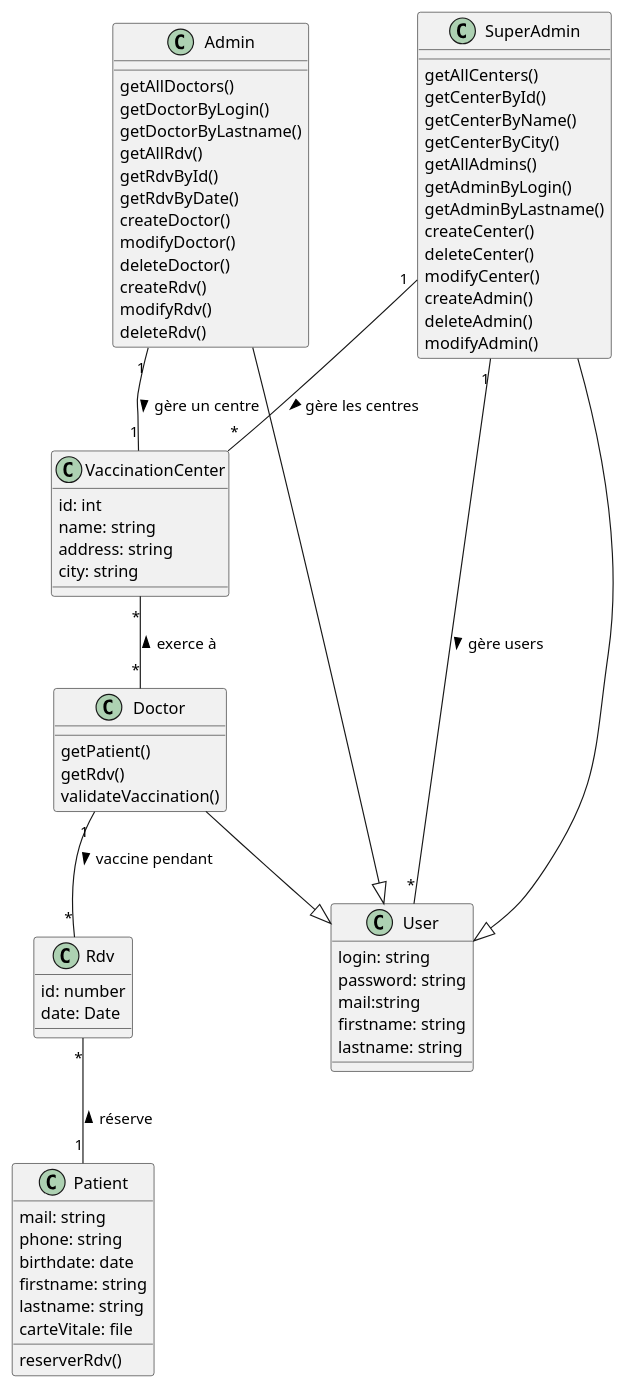
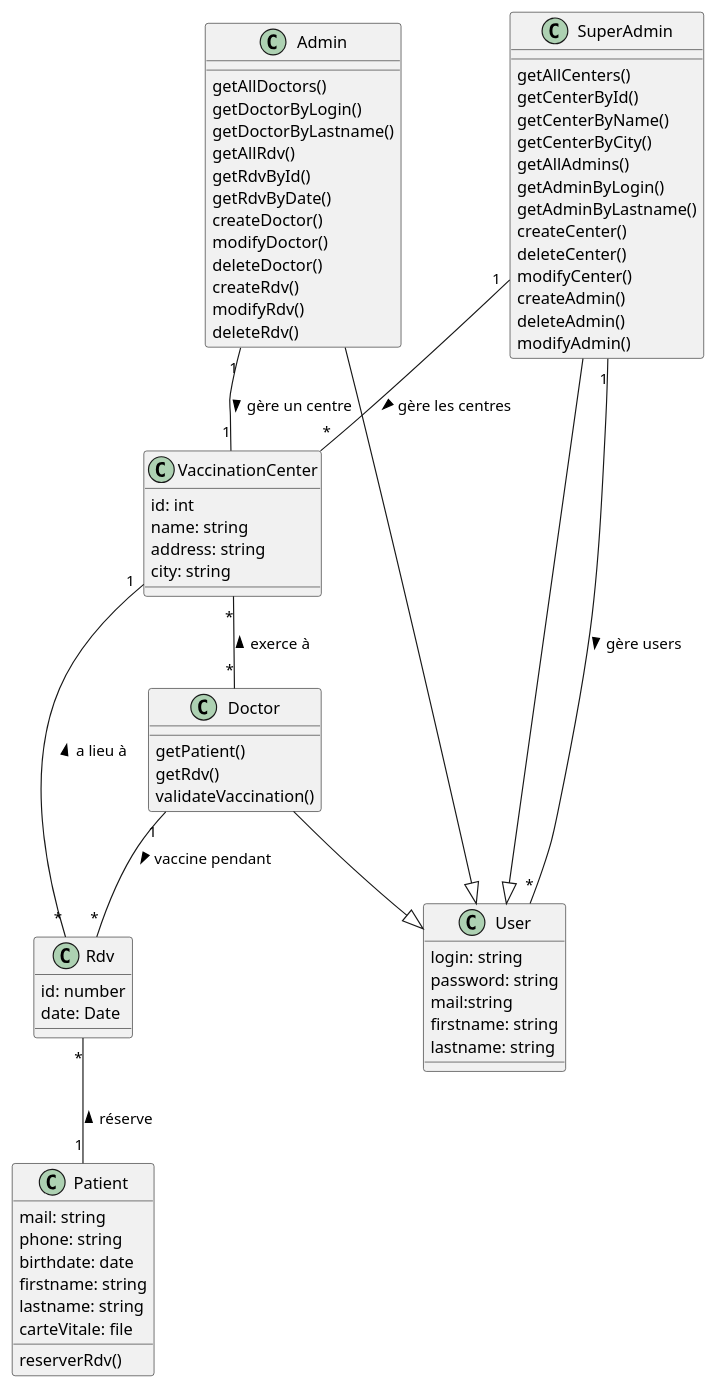
Before and after one commit to rostro15/TD2-MiseEnProd-gradle: the diagram in uml/covidDB.puml, drawn with PlantUML. The commit also changed 9 other files, not shown here.

```diff
--- a/uml/covidDB.puml
+++ b/uml/covidDB.puml
@@ -1,90 +1,91 @@
 @startuml Polydoctor
 
 class VaccinationCenter {
     id: int
     name: string
     address: string
     city: string
     'attibuts en private
 }
 
 class User {
     login: string
     password: string
     mail:string
     firstname: string
     lastname: string
     'attributs en protected et pas en private
 
 }
 
 class Doctor {
     getPatient()
     getRdv()
     validateVaccination()
 }
 class Admin {
     getAllDoctors()
     getDoctorByLogin()
     getDoctorByLastname()
     getAllRdv()
     getRdvById()
     getRdvByDate()
     createDoctor()
     modifyDoctor()
     deleteDoctor()
     createRdv()
     modifyRdv()
     deleteRdv()
 }
 
 Class SuperAdmin{
     getAllCenters()
     getCenterById()
     getCenterByName()
     getCenterByCity()
     getAllAdmins()
     getAdminByLogin()
     getAdminByLastname()
     createCenter()
     deleteCenter()
     modifyCenter()
     createAdmin()
     deleteAdmin()
     modifyAdmin()
 }
 
 class Patient {
     mail: string
     phone: string
     birthdate: date
     firstname: string
     lastname: string
     carteVitale: file
     'file upload Sam en charge
     'attributs en private
     reserverRdv()
 }
 
 class Rdv {
     id: number
     date: Date
     'attributs en private
 }
 
 'héritage
 Doctor --|> User
 Admin --|> User
 SuperAdmin --|> User
 
 
 'action
 Rdv "*" -- "1" Patient : réserve <
 Doctor "1" -- "*" Rdv : vaccine pendant >
+Rdv "*" -- "1" VaccinationCenter : a lieu à >
 VaccinationCenter "*" -- "*" Doctor : exerce à <
 
 SuperAdmin "1" -- "*" VaccinationCenter : gère les centres >
 Admin "1" -- "1" VaccinationCenter : gère un centre >
 SuperAdmin "1" -- "*" User : gère users >
 
 @enduml
```
